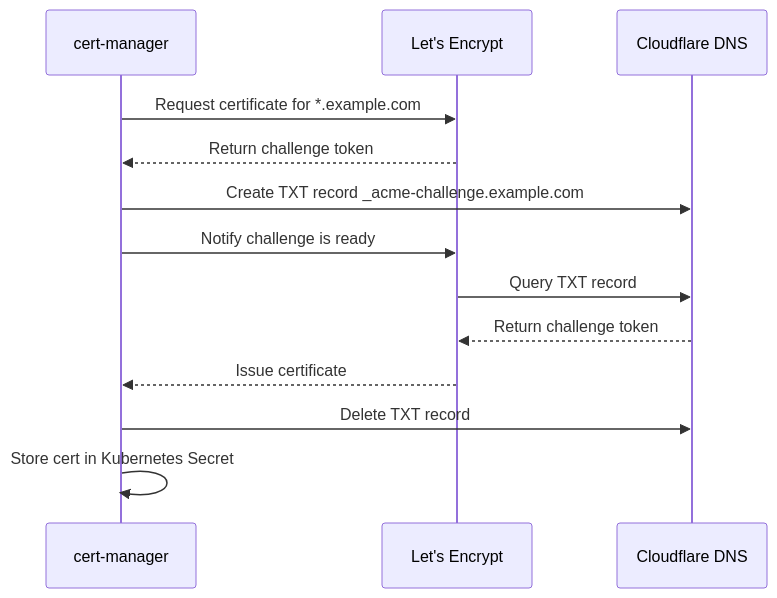
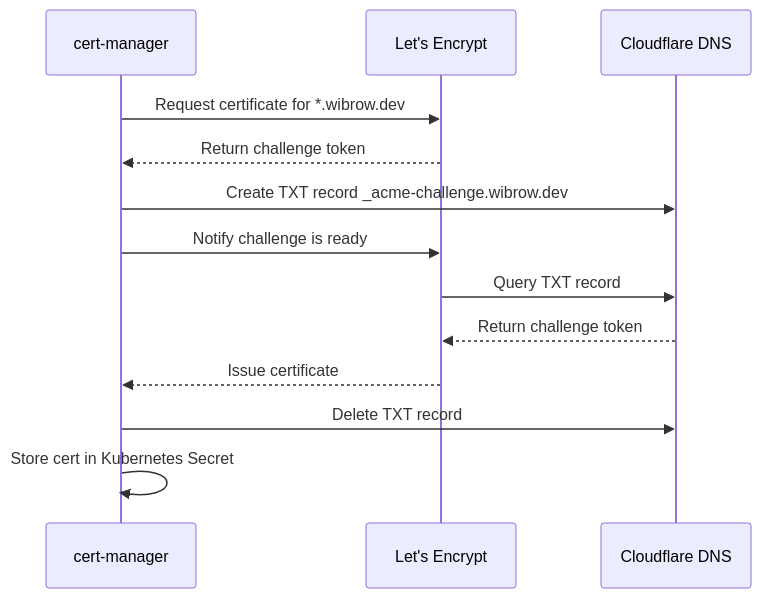
The second of 2 diagrams in docs/security/cert-manager.md (swibrow/home-ops), drawn with Mermaid before and after one commit. The commit also changed other lines of this file and 105 other files, not shown here.

````diff
--- a/docs/security/cert-manager.md
+++ b/docs/security/cert-manager.md
@@ -130,16 +118,16 @@
 ```mermaid
 sequenceDiagram
     participant CM as cert-manager
     participant LE as Let's Encrypt
     participant CF as Cloudflare DNS
 
-    CM->>LE: Request certificate for *.example.com
+    CM->>LE: Request certificate for *.wibrow.dev
     LE-->>CM: Return challenge token
-    CM->>CF: Create TXT record _acme-challenge.example.com
+    CM->>CF: Create TXT record _acme-challenge.wibrow.dev
     CM->>LE: Notify challenge is ready
     LE->>CF: Query TXT record
     CF-->>LE: Return challenge token
     LE-->>CM: Issue certificate
     CM->>CF: Delete TXT record
     CM->>CM: Store cert in Kubernetes Secret
 ```
````
